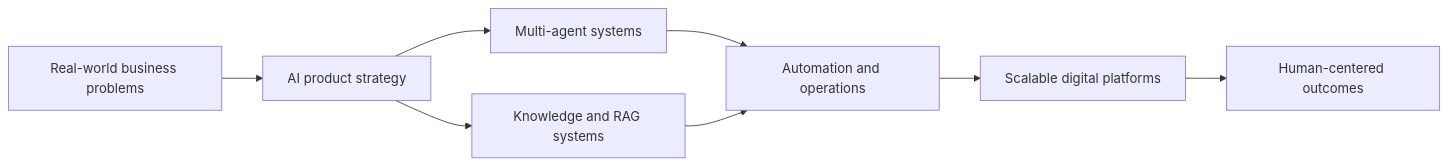
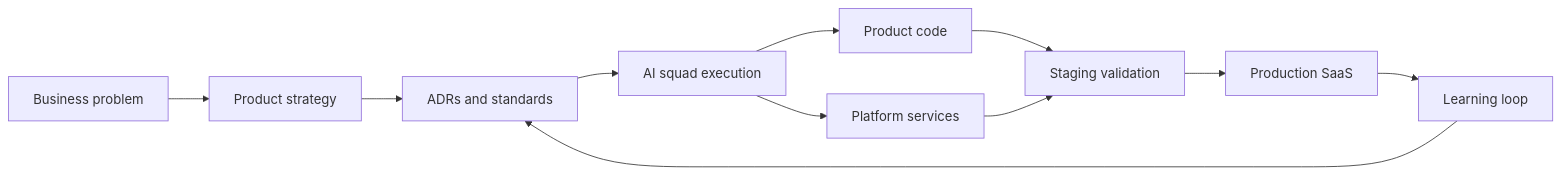
Before and after one commit to fernandoparreiras/fernandoparreiras: the first of 2 diagrams in README.md, drawn with Mermaid. The commit also changed other lines of this file, not shown here.

````diff
--- a/README.md
+++ b/README.md
@@ -39,10 +33,13 @@
 ```mermaid
 flowchart LR
-  A["Real-world business problems"] --> B["AI product strategy"]
-  B --> C["Multi-agent systems"]
-  B --> D["Knowledge and RAG systems"]
-  C --> E["Automation and operations"]
-  D --> E
-  E --> F["Scalable digital platforms"]
-  F --> G["Human-centered outcomes"]
+  A["Business problem"] --> B["Product strategy"]
+  B --> C["ADRs and standards"]
+  C --> D["AI squad execution"]
+  D --> E["Product code"]
+  D --> F["Platform services"]
+  E --> G["Staging validation"]
+  F --> G
+  G --> H["Production SaaS"]
+  H --> I["Learning loop"]
+  I --> C
 ```
````
